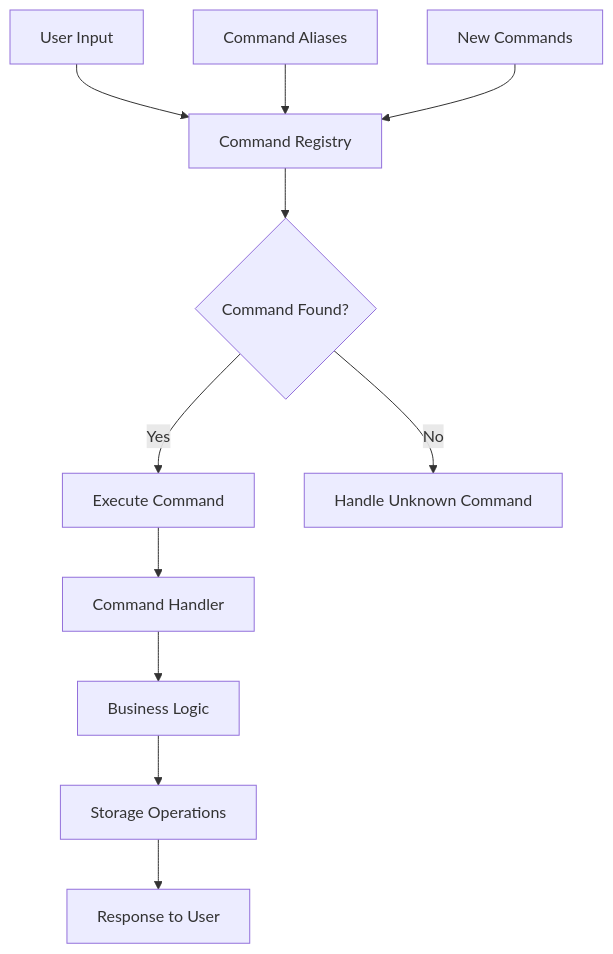
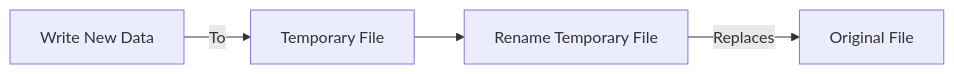
The fourth of 4 diagrams in README.md (eannchen/leetsolv), drawn with Mermaid before and after one commit. The commit also changed other lines of this file, not shown here.

````diff
--- a/README.md
+++ b/README.md
@@ -329,16 +183,6 @@
 ```mermaid
-graph TD
-    A[User Input] --> B[Command Registry]
-    B --> C{Command Found?}
-
-    C -->|Yes| D[Execute Command]
-    C -->|No| E[Handle Unknown Command]
-
-    D --> F[Command Handler]
-    F --> G[Business Logic]
-    G --> H[Storage Operations]
-    H --> I[Response to User]
-
-    J[Command Aliases] --> B
-    K[New Commands] --> B
+graph LR
+    A[Write New Data] -->|To| B[Temporary File]
+    B --> C[Rename Temporary File]
+    C -->|Replaces| D[Original File]
 ```
````
